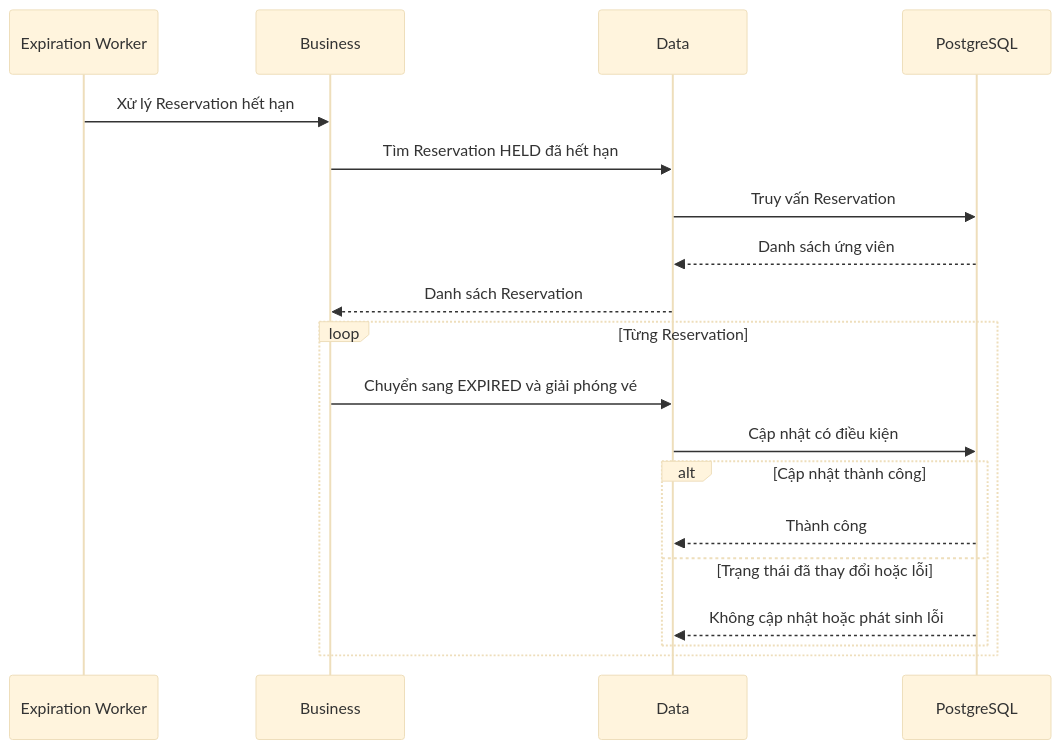
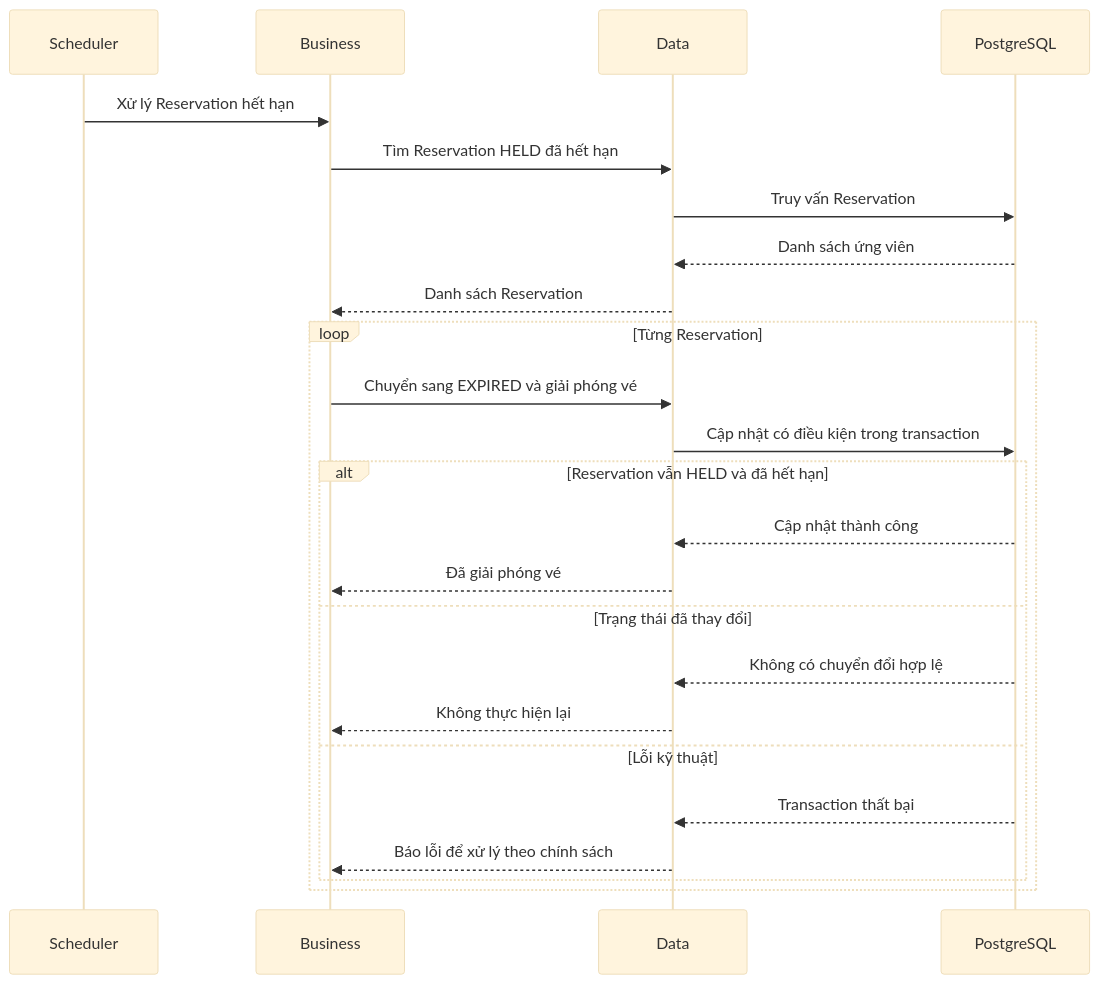
One commit to cnf166/rush-seat changed the diagram in docs/business/use-cases/expire-reservation.md. Above: the diagram before and after it, drawn with Mermaid (base theme). The commit also changed other lines of this file, not shown here.

Commit message:
docs (reservation): clarify reservation expiration handling

````diff
--- a/docs/business/use-cases/expire-reservation.md
+++ b/docs/business/use-cases/expire-reservation.md
@@ -43,24 +95,29 @@
 ```mermaid
 sequenceDiagram
-    participant Worker as Expiration Worker
+    participant Scheduler as Scheduler
     participant Business
     participant Data
     participant DB as PostgreSQL
 
-    Worker->>Business: Xử lý Reservation hết hạn
+    Scheduler->>Business: Xử lý Reservation hết hạn
     Business->>Data: Tìm Reservation HELD đã hết hạn
     Data->>DB: Truy vấn Reservation
     DB-->>Data: Danh sách ứng viên
     Data-->>Business: Danh sách Reservation
 
     loop Từng Reservation
         Business->>Data: Chuyển sang EXPIRED và giải phóng vé
-        Data->>DB: Cập nhật có điều kiện
+        Data->>DB: Cập nhật có điều kiện trong transaction
 
-        alt Cập nhật thành công
-            DB-->>Data: Thành công
-        else Trạng thái đã thay đổi hoặc lỗi
-            DB-->>Data: Không cập nhật hoặc phát sinh lỗi
+        alt Reservation vẫn HELD và đã hết hạn
+            DB-->>Data: Cập nhật thành công
+            Data-->>Business: Đã giải phóng vé
+        else Trạng thái đã thay đổi
+            DB-->>Data: Không có chuyển đổi hợp lệ
+            Data-->>Business: Không thực hiện lại
+        else Lỗi kỹ thuật
+            DB-->>Data: Transaction thất bại
+            Data-->>Business: Báo lỗi để xử lý theo chính sách
         end
     end
 ```
````
